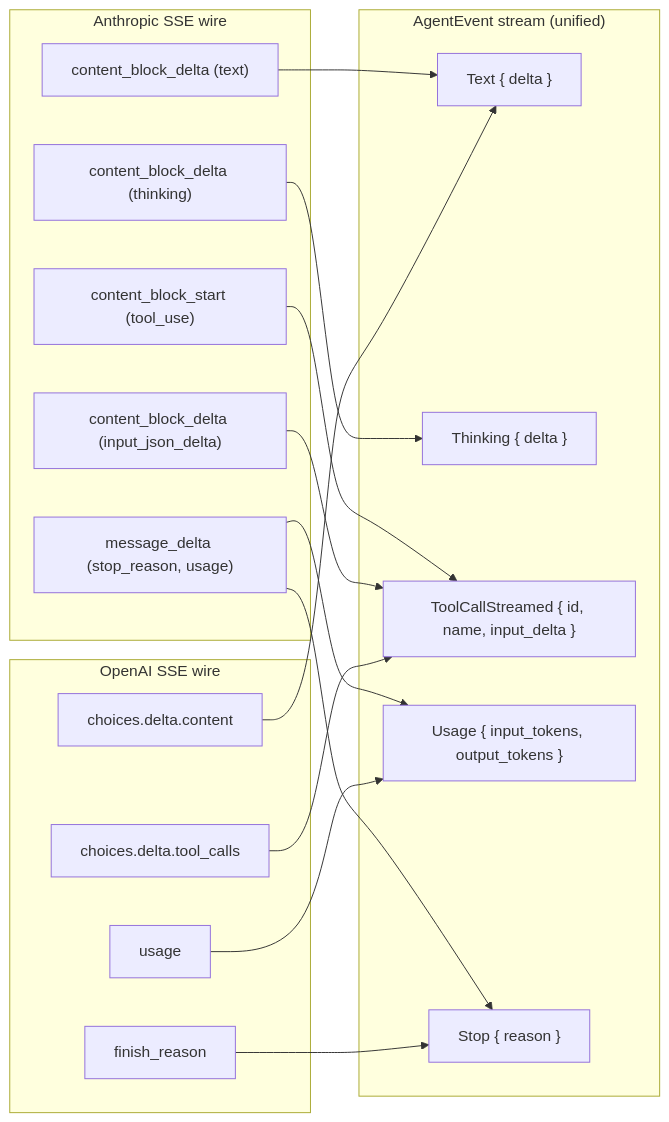
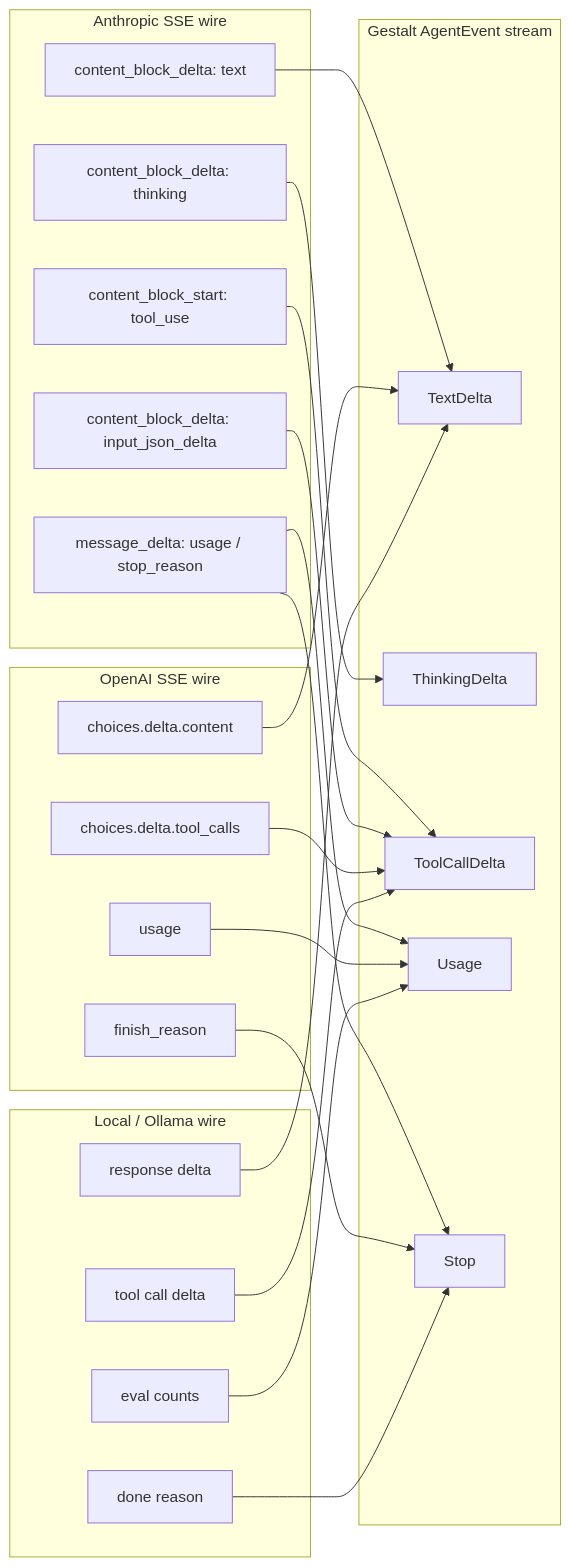
One commit to woshi517/gestalt-harness changed the eighth of 11 diagrams in docs/gestalt-harness-architecture.md. Above: the diagram before and after it, drawn with Mermaid. The commit also changed other lines of this file and 50 other files, not shown here.

````diff
--- a/docs/gestalt-harness-architecture.md
+++ b/docs/gestalt-harness-architecture.md
@@ -1834,37 +2079,49 @@
 ```mermaid
 graph LR
     subgraph Anthropic["Anthropic SSE wire"]
-        A1["content_block_delta (text)"]
-        A2["content_block_delta (thinking)"]
-        A3["content_block_start (tool_use)"]
-        A4["content_block_delta (input_json_delta)"]
-        A5["message_delta (stop_reason, usage)"]
+        A1["content_block_delta: text"]
+        A2["content_block_delta: thinking"]
+        A3["content_block_start: tool_use"]
+        A4["content_block_delta: input_json_delta"]
+        A5["message_delta: usage / stop_reason"]
     end
 
     subgraph OpenAI["OpenAI SSE wire"]
         O1["choices.delta.content"]
         O2["choices.delta.tool_calls"]
         O3["usage"]
         O4["finish_reason"]
     end
 
-    subgraph Gestalt["AgentEvent stream (unified)"]
-        U1["Text { delta }"]
-        U2["Thinking { delta }"]
-        U3["ToolCallStreamed { id, name, input_delta }"]
-        U4["Usage { input_tokens, output_tokens }"]
-        U5["Stop { reason }"]
+    subgraph Local["Local / Ollama wire"]
+        L1["response delta"]
+        L2["tool call delta"]
+        L3["done reason"]
+        L4["eval counts"]
+    end
+
+    subgraph Gestalt["Gestalt AgentEvent stream"]
+        U1["TextDelta"]
+        U2["ThinkingDelta"]
+        U3["ToolCallDelta"]
+        U4["Usage"]
+        U5["Stop"]
     end
 
     A1 --> U1
     A2 --> U2
     A3 --> U3
     A4 --> U3
     A5 --> U4
     A5 --> U5
 
     O1 --> U1
     O2 --> U3
     O3 --> U4
     O4 --> U5
+
+    L1 --> U1
+    L2 --> U3
+    L3 --> U5
+    L4 --> U4
 ```
````
